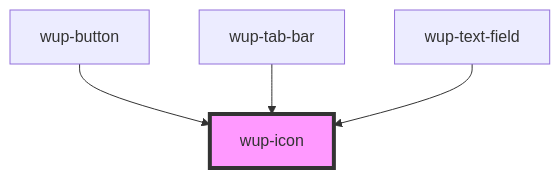
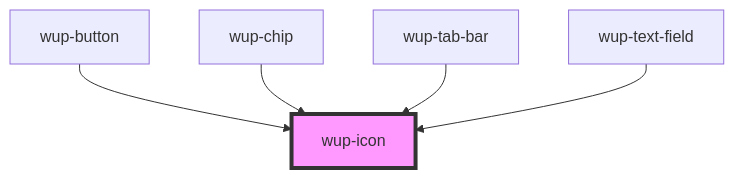
The diagram in packages/ketchup/src/components/wup-icon/readme.md (smeup/ketchup), drawn with Mermaid before and after one commit. The commit also changed other lines of this file and 23 other files, not shown here.

Commit message:
Wup-icon and error logging general script.

````diff
--- a/packages/ketchup/src/components/wup-icon/readme.md
+++ b/packages/ketchup/src/components/wup-icon/readme.md
@@ -28,7 +29,8 @@
 ```mermaid
 graph TD;
   wup-button --> wup-icon
+  wup-chip --> wup-icon
   wup-tab-bar --> wup-icon
   wup-text-field --> wup-icon
   style wup-icon fill:#f9f,stroke:#333,stroke-width:4px
 ```
````
